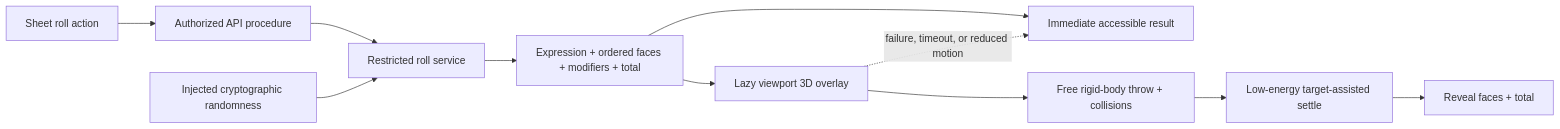
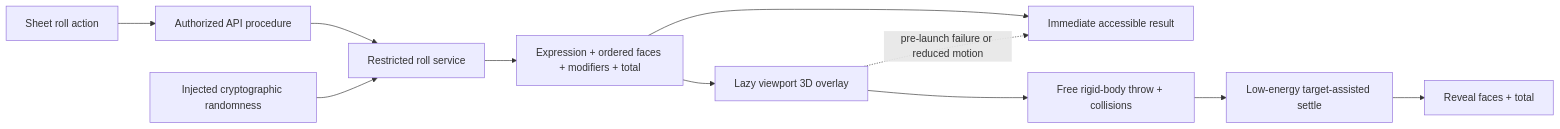
The first of 2 diagrams in docs/roadmap/01-dice-and-roll-infrastructure.md (MPiland/artificer-toolkit), drawn with Mermaid before and after one commit. The commit also changed other lines of this file and 139 other files, not shown here.

````diff
--- a/docs/roadmap/01-dice-and-roll-infrastructure.md
+++ b/docs/roadmap/01-dice-and-roll-infrastructure.md
@@ -56,13 +57,13 @@
 ```mermaid
 flowchart LR
   Action["Sheet roll action"] --> Procedure["Authorized API procedure"]
   Procedure --> Roller["Restricted roll service"]
   Crypto["Injected cryptographic randomness"] --> Roller
   Roller --> Evidence["Expression + ordered faces + modifiers + total"]
   Evidence --> Static["Immediate accessible result"]
   Evidence --> Overlay["Lazy viewport 3D overlay"]
   Overlay --> Throw["Free rigid-body throw + collisions"]
   Throw --> Assist["Low-energy target-assisted settle"]
   Assist --> Reveal["Reveal faces + total"]
-  Overlay -. failure, timeout, or reduced motion .-> Static
+  Overlay -. pre-launch failure or reduced motion .-> Static
 ```
````
